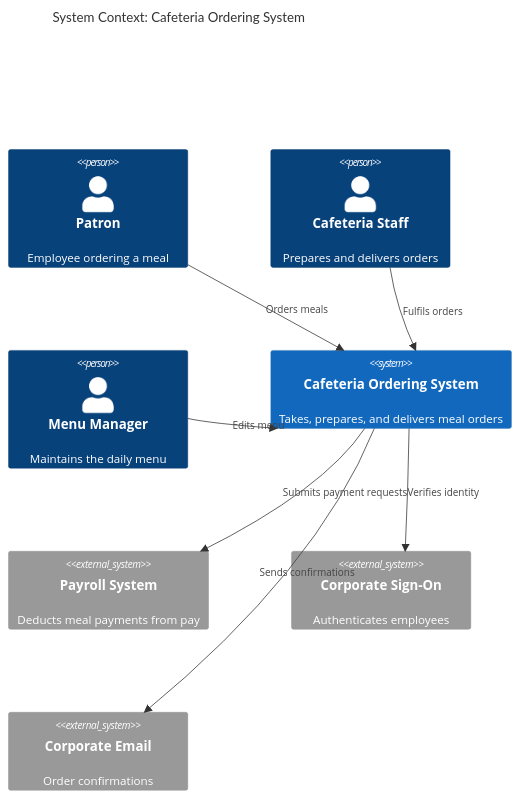
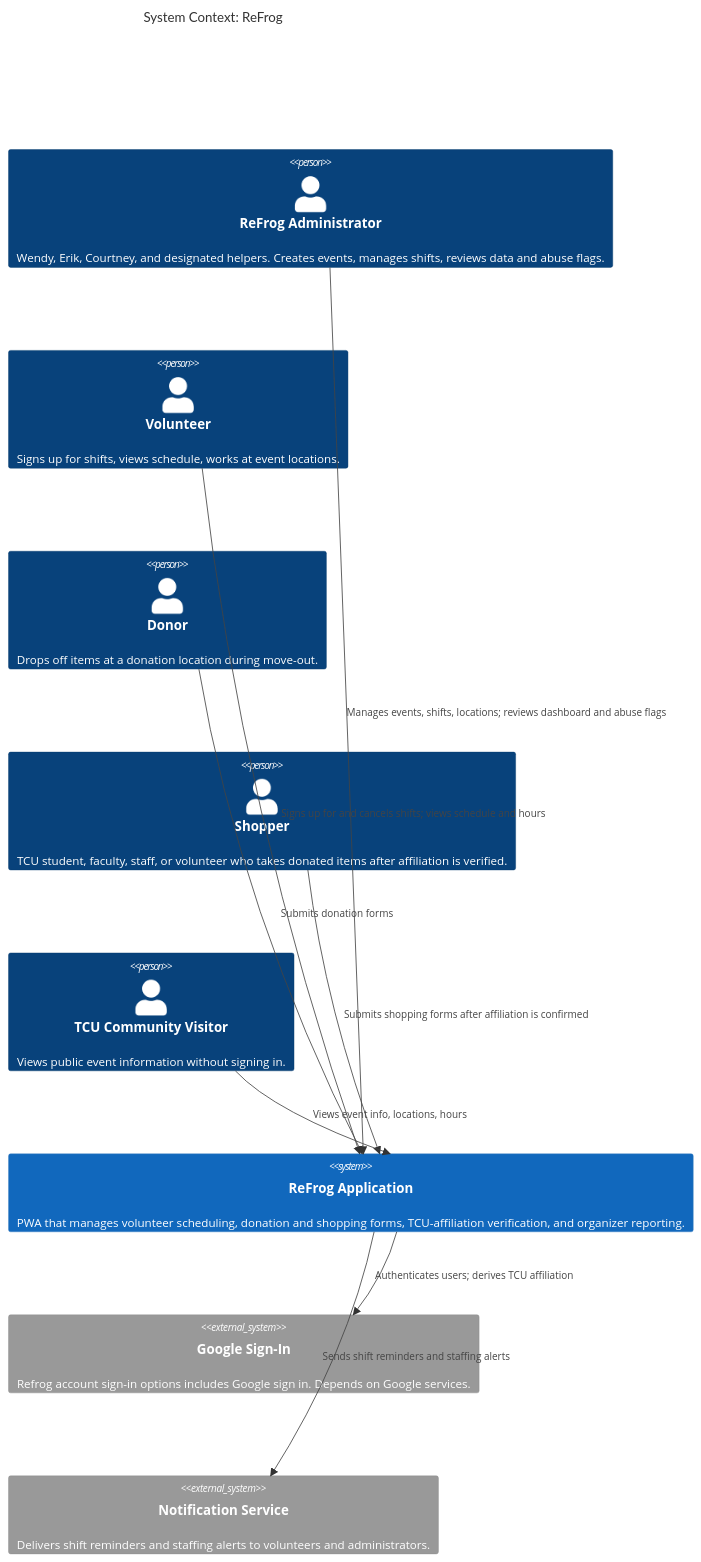
One commit to evelyntrann/cosc-40943-team-3-refrog changed the first of 2 diagrams in docs/design/architectural-design.md. Above: the diagram before and after it, drawn with Mermaid. The commit also changed other lines of this file and 1 other file, not shown here.

Commit message:
Remag3/architecture/sec3 (#39)
* architecture c4 diag

* updated google sign in description

````diff
--- a/docs/design/architectural-design.md
+++ b/docs/design/architectural-design.md
@@ -108,21 +106,23 @@
 ```mermaid
 C4Context
-    title System Context: Cafeteria Ordering System
+    title System Context: ReFrog
 
-    Person(patron, "Patron", "Employee ordering a meal")
-    Person(staff, "Cafeteria Staff", "Prepares and delivers orders")
-    Person(menu, "Menu Manager", "Maintains the daily menu")
+    Person(admin, "ReFrog Administrator", "Wendy, Erik, Courtney, and designated helpers. Creates events, manages shifts, reviews data and abuse flags.")
+    Person(volunteer, "Volunteer", "Signs up for shifts, views schedule, works at event locations.")
+    Person(donor, "Donor", "Drops off items at a donation location during move-out.")
+    Person(shopper, "Shopper", "TCU student, faculty, staff, or volunteer who takes donated items after affiliation is verified.")
+    Person(visitor, "TCU Community Visitor", "Views public event information without signing in.")
 
-    System(cos, "Cafeteria Ordering System", "Takes, prepares, and delivers meal orders")
+    System(refrog, "ReFrog Application", "PWA that manages volunteer scheduling, donation and shopping forms, TCU-affiliation verification, and organizer reporting.")
 
-    System_Ext(payroll, "Payroll System", "Deducts meal payments from pay")
-    System_Ext(sso, "Corporate Sign-On", "Authenticates employees")
-    System_Ext(email, "Corporate Email", "Order confirmations")
+    System_Ext(authprovider, "Google Sign-In", "Refrog account sign-in options includes Google sign in. Depends on Google services.")
+    System_Ext(notification, "Notification Service", "Delivers shift reminders and staffing alerts to volunteers and administrators.")
 
-    Rel(patron, cos, "Orders meals")
-    Rel(staff, cos, "Fulfils orders")
-    Rel(menu, cos, "Edits menu")
-    Rel(cos, payroll, "Submits payment requests")
-    Rel(cos, sso, "Verifies identity")
-    Rel(cos, email, "Sends confirmations")
+    Rel(admin, refrog, "Manages events, shifts, locations; reviews dashboard and abuse flags")
+    Rel(volunteer, refrog, "Signs up for and cancels shifts; views schedule and hours")
+    Rel(donor, refrog, "Submits donation forms")
+    Rel(shopper, refrog, "Submits shopping forms after affiliation is confirmed")
+    Rel(visitor, refrog, "Views event info, locations, hours")
+    Rel(refrog, authprovider, "Authenticates users; derives TCU affiliation")
+    Rel(refrog, notification, "Sends shift reminders and staffing alerts")
 ```
````
